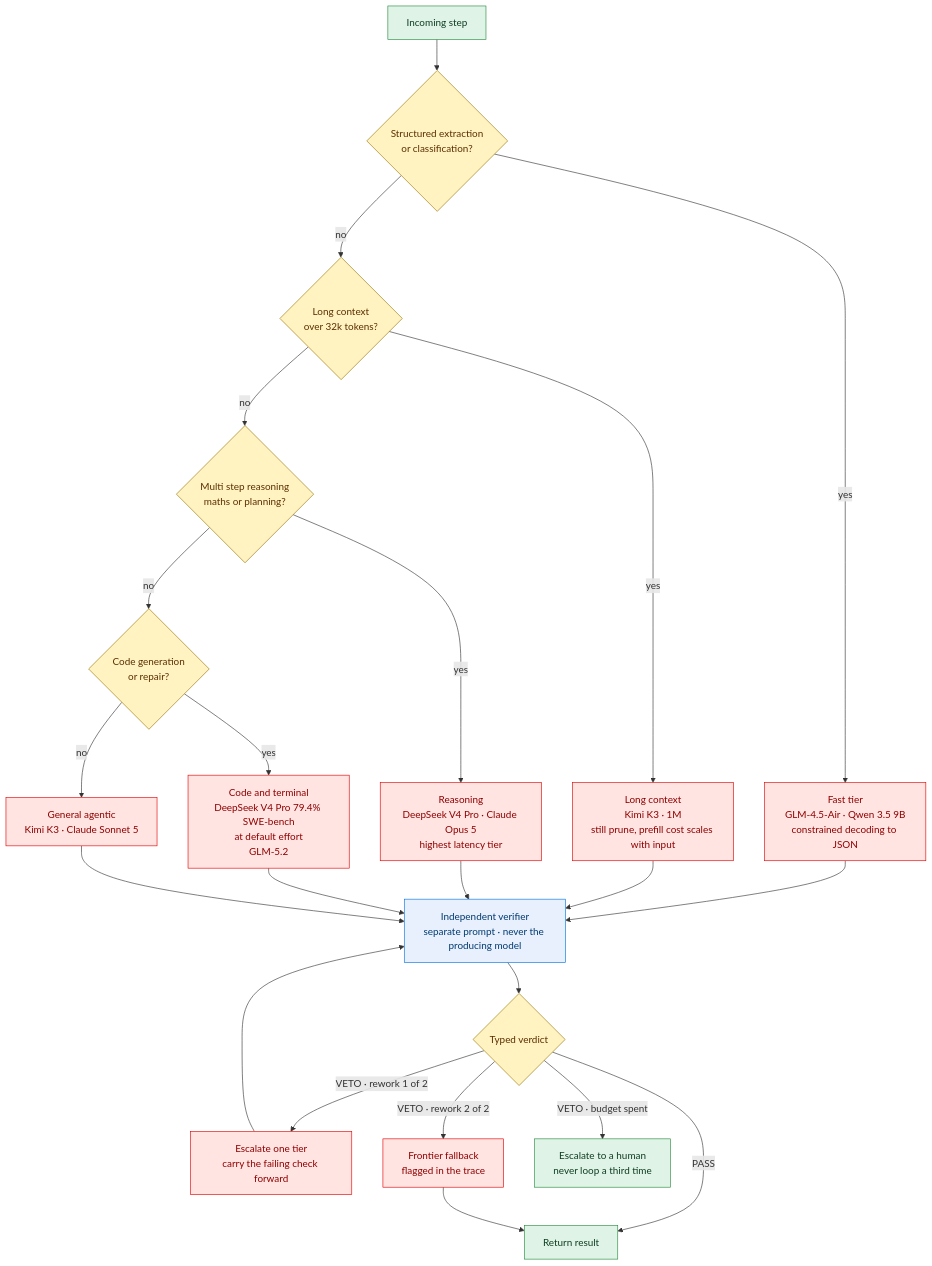
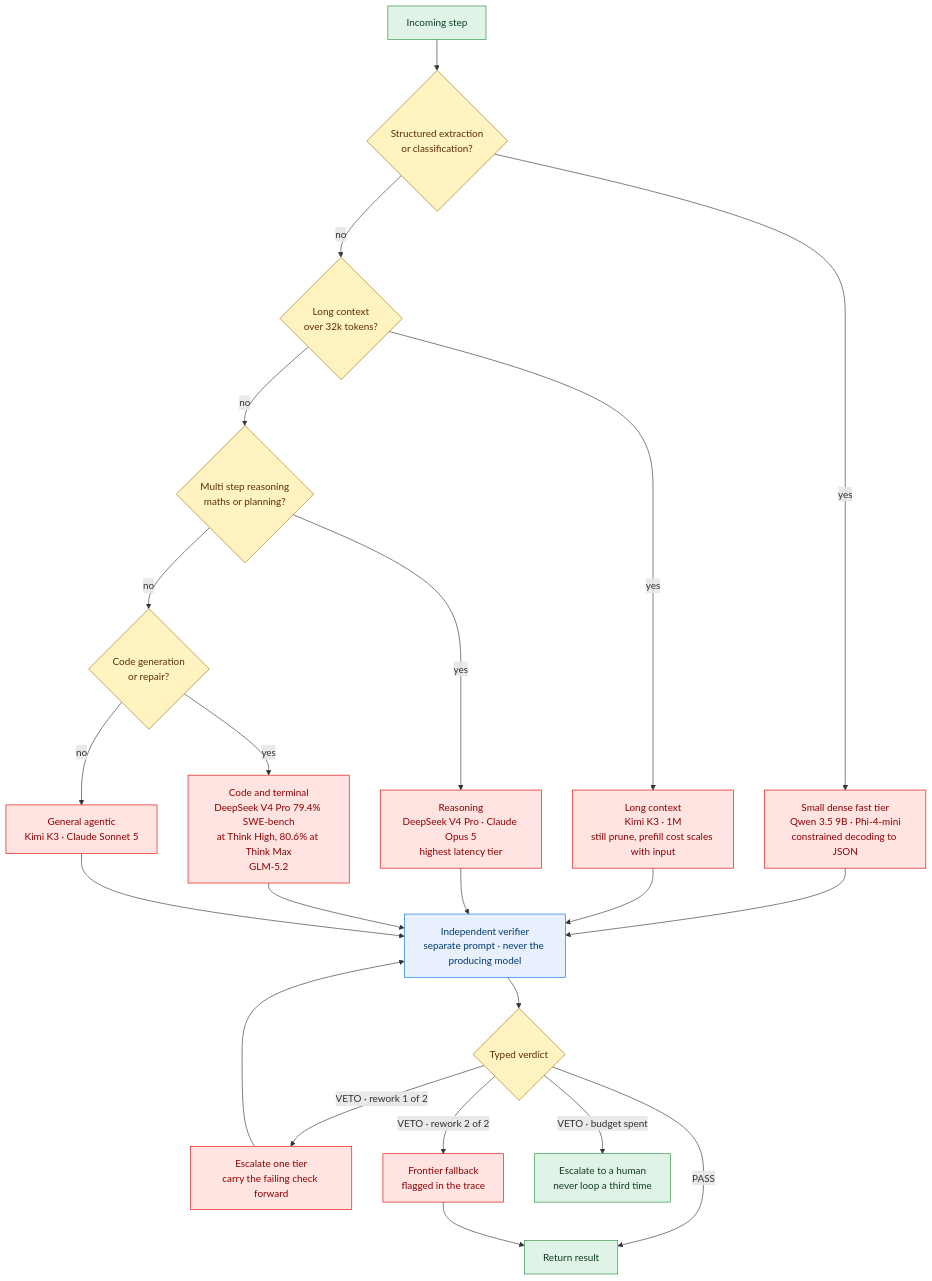
Before and after one commit to mlvpatel/open-weight-agent-stack: the diagram in diagrams/src/model-routing.mmd, drawn with Mermaid. The commit also changed 56 other files, not shown here.

```diff
--- a/diagrams/src/model-routing.mmd
+++ b/diagrams/src/model-routing.mmd
@@ -1,34 +1,34 @@
 flowchart TB
     S["Incoming step"] --> C1{"Structured extraction<br/>or classification?"}
-    C1 -->|yes| SMALL["Fast tier<br/>GLM-4.5-Air · Qwen 3.5 9B<br/>constrained decoding to JSON"]
+    C1 -->|yes| SMALL["Small dense fast tier<br/>Qwen 3.5 9B · Phi-4-mini<br/>constrained decoding to JSON"]
     C1 -->|no| C2{"Long context<br/>over 32k tokens?"}
     C2 -->|yes| LONG["Long context<br/>Kimi K3 · 1M<br/>still prune, prefill cost scales with input"]
     C2 -->|no| C3{"Multi step reasoning<br/>maths or planning?"}
     C3 -->|yes| REASON["Reasoning<br/>DeepSeek V4 Pro · Claude Opus 5<br/>highest latency tier"]
     C3 -->|no| C4{"Code generation<br/>or repair?"}
-    C4 -->|yes| CODE["Code and terminal<br/>DeepSeek V4 Pro 79.4% SWE-bench<br/>at default effort<br/>GLM-5.2"]
+    C4 -->|yes| CODE["Code and terminal<br/>DeepSeek V4 Pro 79.4% SWE-bench<br/>at Think High, 80.6% at Think Max<br/>GLM-5.2"]
     C4 -->|no| GEN["General agentic<br/>Kimi K3 · Claude Sonnet 5"]
 
     SMALL --> V["Independent verifier<br/>separate prompt · never the producing model"]
     LONG --> V
     REASON --> V
     CODE --> V
     GEN --> V
 
     V --> Q{"Typed verdict"}
     Q -->|PASS| OUT["Return result"]
     Q -->|VETO · rework 1 of 2| UP["Escalate one tier<br/>carry the failing check forward"]
     UP --> V
     Q -->|VETO · rework 2 of 2| CLOUD["Frontier fallback<br/>flagged in the trace"]
     CLOUD --> OUT
     Q -->|VETO · budget spent| ESC["Escalate to a human<br/>never loop a third time"]
 
     classDef decision fill:#fff3c2,stroke:#997404,color:#5c2e00
     classDef model fill:#ffe4e2,stroke:#e30000,color:#8f0000
     classDef out fill:#dff3e6,stroke:#248a3d,color:#0f3d23
     classDef check fill:#e8f0fe,stroke:#0071e3,color:#003a70
 
     class C1,C2,C3,C4,Q decision
     class SMALL,LONG,REASON,CODE,GEN,UP,CLOUD model
     class V check
     class S,OUT,ESC out
```
